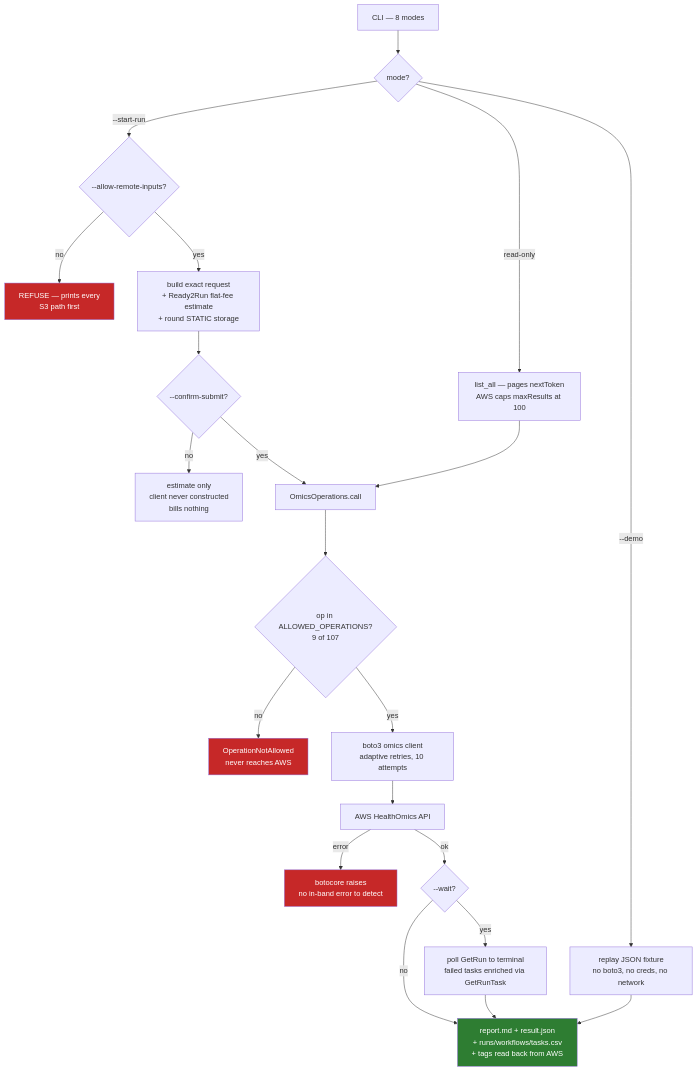
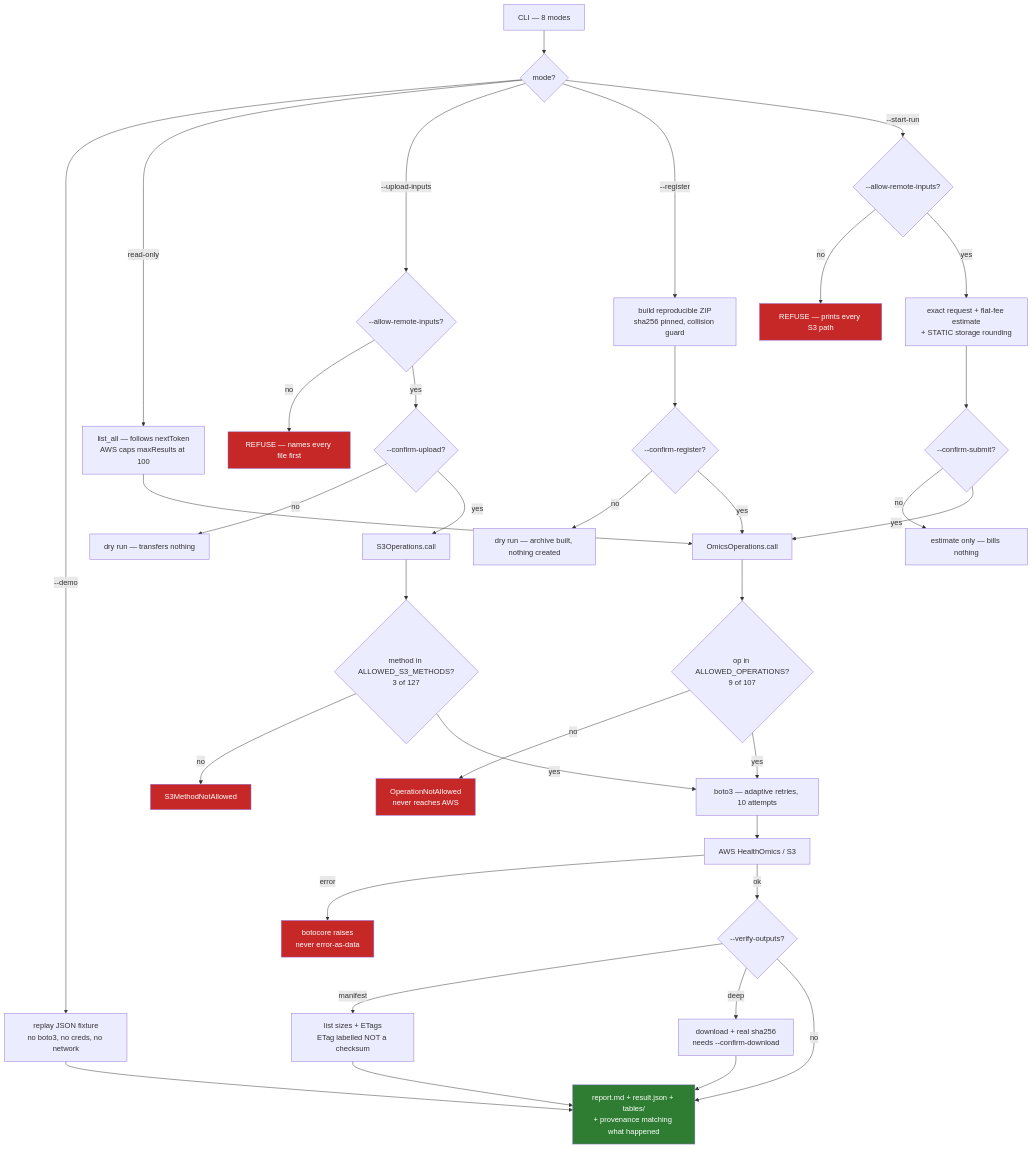
The diagram in skills/healthomics-bridge/COMPARISON.md (DNAWave-bio/ClawBio), drawn with Mermaid before and after one commit. The commit also changed other lines of this file, not shown here.

````diff
--- a/skills/healthomics-bridge/COMPARISON.md
+++ b/skills/healthomics-bridge/COMPARISON.md
@@ -70,28 +113,44 @@
 ```mermaid
 flowchart TD
     CLI["CLI — 8 modes"] --> MODE{mode?}
     MODE -->|--demo| FIX["replay JSON fixture<br/>no boto3, no creds, no network"]
-    MODE -->|read-only| PAGE["list_all — pages nextToken<br/>AWS caps maxResults at 100"]
+    MODE -->|read-only| PAGE["list_all — follows nextToken<br/>AWS caps maxResults at 100"]
+    MODE -->|--upload-inputs| U1{"--allow-remote-inputs?"}
+    U1 -->|no| R0["REFUSE — names every file first"]
+    U1 -->|yes| U2{"--confirm-upload?"}
+    U2 -->|no| DRY1["dry run — transfers nothing"]
+    U2 -->|yes| S3OP["S3Operations.call"]
+    MODE -->|--register| REG["build reproducible ZIP<br/>sha256 pinned, collision guard"]
+    REG --> RG{"--confirm-register?"}
+    RG -->|no| DRY2["dry run — archive built, nothing created"]
+    RG -->|yes| CALL
     MODE -->|--start-run| G1{"--allow-remote-inputs?"}
-    G1 -->|no| R1["REFUSE — prints every<br/>S3 path first"]
-    G1 -->|yes| EST["build exact request<br/>+ Ready2Run flat-fee estimate<br/>+ round STATIC storage"]
+    G1 -->|no| R1["REFUSE — prints every S3 path"]
+    G1 -->|yes| EST["exact request + flat-fee estimate<br/>+ STATIC storage rounding"]
     EST --> G2{"--confirm-submit?"}
-    G2 -->|no| STOP["estimate only<br/>client never constructed<br/>bills nothing"]
+    G2 -->|no| STOP["estimate only — bills nothing"]
     G2 -->|yes| CALL
     PAGE --> CALL["OmicsOperations.call"]
     CALL --> AL{"op in ALLOWED_OPERATIONS?<br/>9 of 107"}
     AL -->|no| R3["OperationNotAllowed<br/>never reaches AWS"]
-    AL -->|yes| BOTO["boto3 omics client<br/>adaptive retries, 10 attempts"]
-    BOTO --> AWS["AWS HealthOmics API"]
-    AWS -->|error| R4["botocore raises<br/>no in-band error to detect"]
-    AWS -->|ok| WAIT{"--wait?"}
-    WAIT -->|yes| POLL["poll GetRun to terminal<br/>failed tasks enriched via GetRunTask"]
-    WAIT -->|no| BUNDLE
-    POLL --> BUNDLE["report.md + result.json<br/>+ runs/workflows/tasks.csv<br/>+ tags read back from AWS"]
+    AL -->|yes| BOTO
+    S3OP --> SAL{"method in ALLOWED_S3_METHODS?<br/>3 of 127"}
+    SAL -->|no| R5["S3MethodNotAllowed"]
+    SAL -->|yes| BOTO["boto3 — adaptive retries, 10 attempts"]
+    BOTO --> AWS["AWS HealthOmics / S3"]
+    AWS -->|error| R4["botocore raises<br/>never error-as-data"]
+    AWS -->|ok| VER{"--verify-outputs?"}
+    VER -->|manifest| MAN["list sizes + ETags<br/>ETag labelled NOT a checksum"]
+    VER -->|deep| DEEP["download + real sha256<br/>needs --confirm-download"]
+    VER -->|no| BUNDLE
+    MAN --> BUNDLE
+    DEEP --> BUNDLE["report.md + result.json + tables/<br/>+ provenance matching what happened"]
     FIX --> BUNDLE
 
+    style R0 fill:#c62828,color:#fff
     style R1 fill:#c62828,color:#fff
     style R3 fill:#c62828,color:#fff
     style R4 fill:#c62828,color:#fff
+    style R5 fill:#c62828,color:#fff
     style BUNDLE fill:#2e7d32,color:#fff
 ```
````
